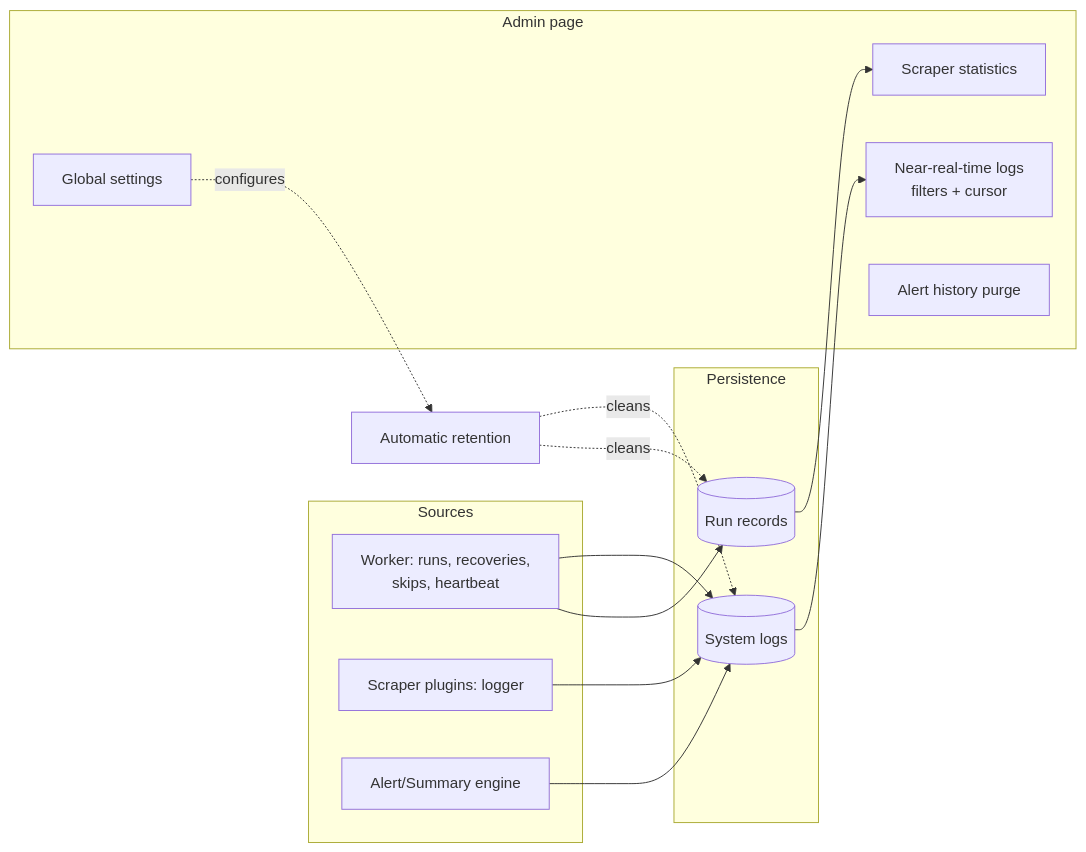
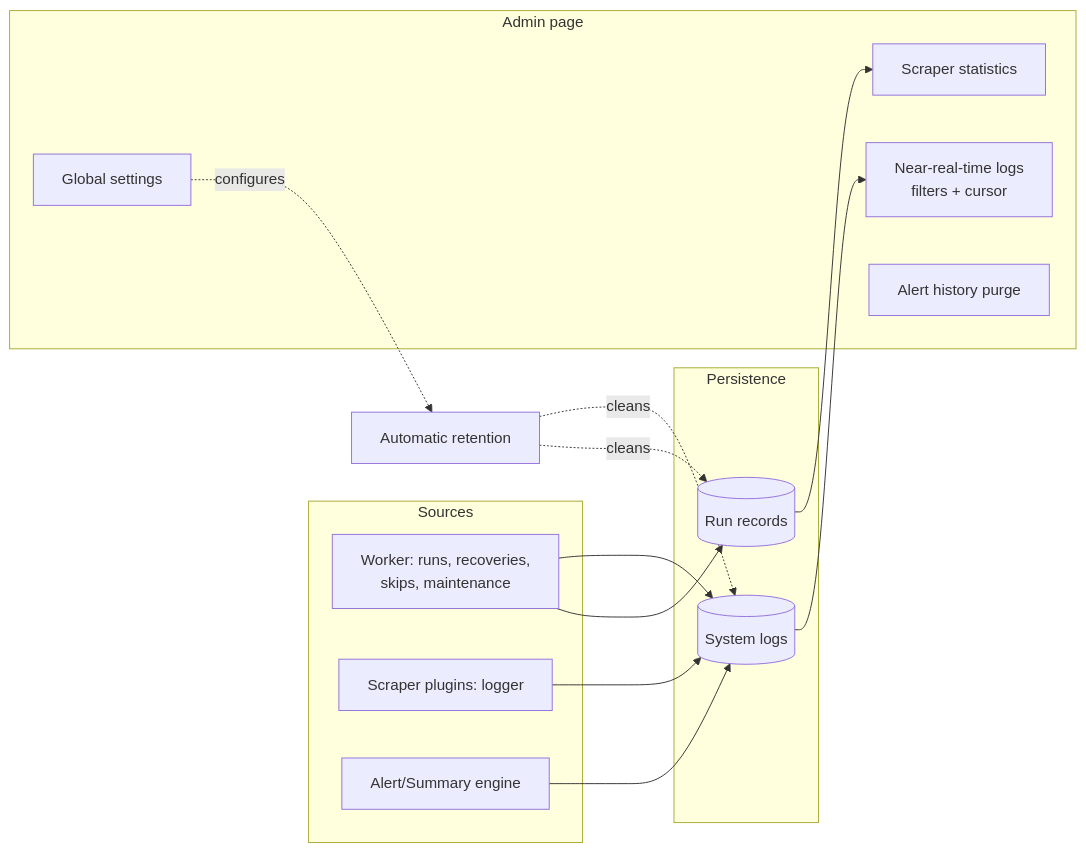
Before and after one commit to caporalesimone/watch-em-all: the diagram in docs/3-features/admin/system-logs-and-maintenance.md, drawn with Mermaid. The commit also changed other lines of this file and 9 other files, not shown here.

````diff
--- a/docs/3-features/admin/system-logs-and-maintenance.md
+++ b/docs/3-features/admin/system-logs-and-maintenance.md
@@ -24,22 +28,22 @@
 ```mermaid
 flowchart LR
     subgraph "Sources"
-        W[Worker: runs, recoveries,<br/>skips, heartbeat]
+        W[Worker: runs, recoveries,<br/>skips, maintenance]
         S[Scraper plugins: logger]
         AE[Alert/Summary engine]
     end
     subgraph "Persistence"
         SL[(System logs)]
         RUNS[(Run records)]
     end
     subgraph "Admin page"
         LIVE[Near-real-time logs<br/>filters + cursor]
         STATS[Scraper statistics]
         SET[Global settings]
         PURGE[Alert history purge]
     end
     W & S & AE --> SL --> LIVE
     W --> RUNS --> STATS
     RET[Automatic retention] -.cleans.-> SL & RUNS
     SET -.configures.-> RET
 ```
````
